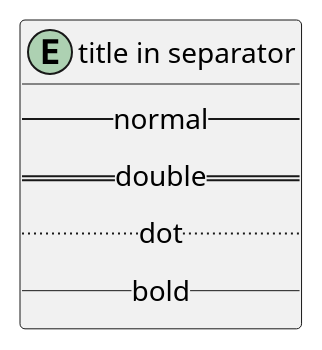
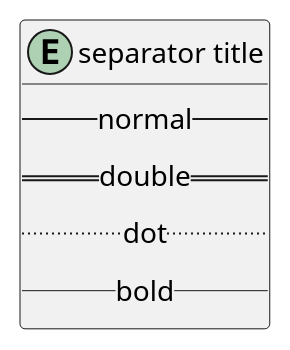
One commit to crsml/plantuml changed the eighth of 16 diagrams in er-diagram-cheat-sheet.md. Above: the diagram before and after it, drawn with PlantUML. The commit also changed other lines of this file, not shown here.

````diff
--- a/er-diagram-cheat-sheet.md
+++ b/er-diagram-cheat-sheet.md
@@ -128,10 +149,10 @@
 ```uml
 @startuml
-    entity "title in separator" {
+    entity "separator title" {
         -- normal --
         == double ==
         .. dot ..
         __ bold __
     }
 @enduml
 ```
````
